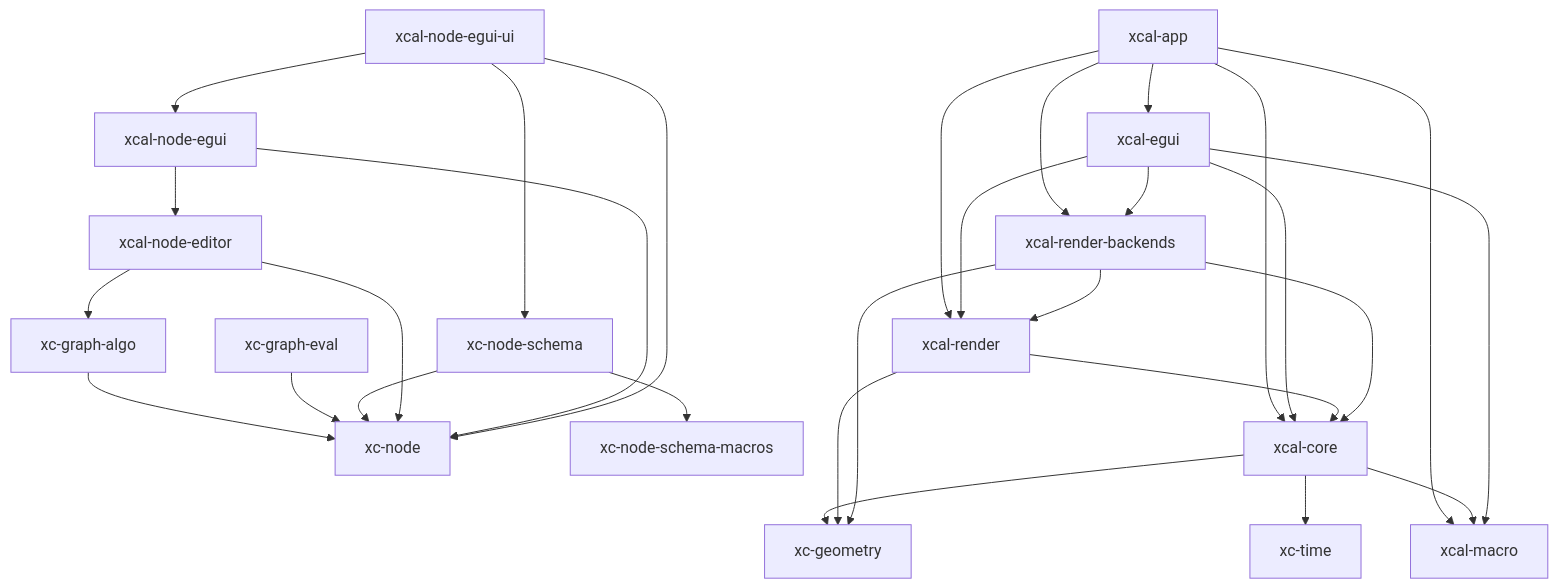
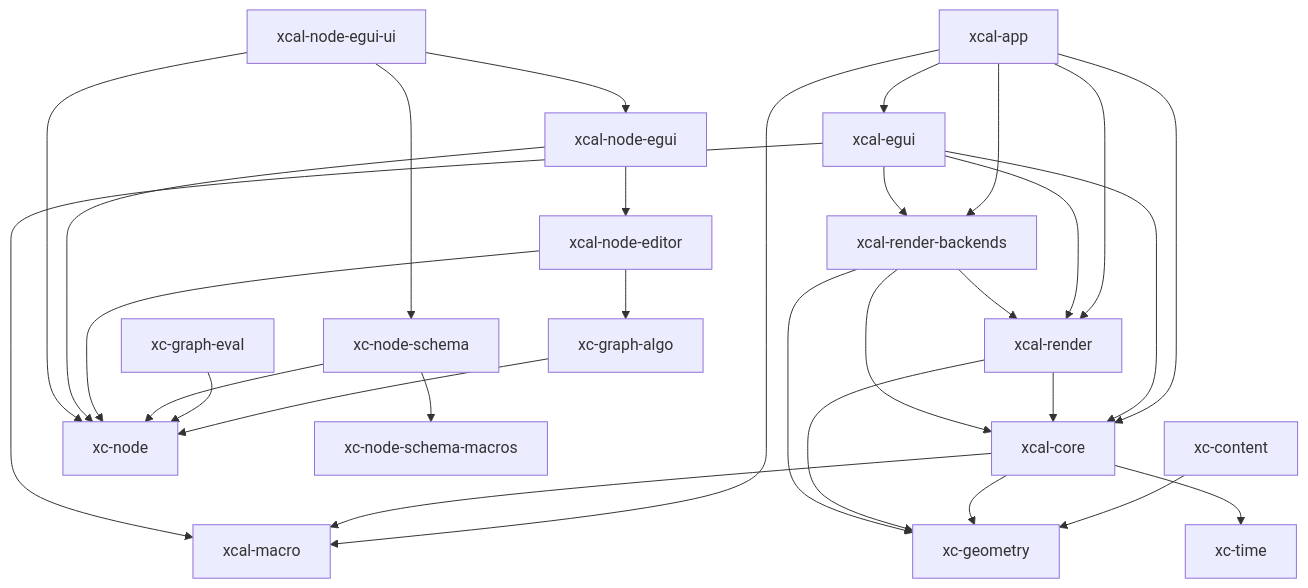
Before and after one commit to xcrtp/xcal-rs: the diagram in workspace-analyzer.mmd, drawn with Mermaid. The commit also changed 47 other files, not shown here.

```diff
--- a/workspace-analyzer.mmd
+++ b/workspace-analyzer.mmd
@@ -1,30 +1,31 @@
 graph TD
+    xc-content --> xc-geometry
     xc-graph-algo --> xc-node
     xc-graph-eval --> xc-node
     xc-node-schema --> xc-node
     xc-node-schema --> xc-node-schema-macros
     xcal-app --> xcal-core
     xcal-app --> xcal-egui
     xcal-app --> xcal-macro
     xcal-app --> xcal-render
     xcal-app --> xcal-render-backends
     xcal-core --> xc-geometry
     xcal-core --> xc-time
     xcal-core --> xcal-macro
     xcal-egui --> xcal-core
     xcal-egui --> xcal-macro
     xcal-egui --> xcal-render
     xcal-egui --> xcal-render-backends
     xcal-node-editor --> xc-graph-algo
     xcal-node-editor --> xc-node
     xcal-node-egui --> xc-node
     xcal-node-egui --> xcal-node-editor
     xcal-node-egui-ui --> xc-node
     xcal-node-egui-ui --> xc-node-schema
     xcal-node-egui-ui --> xcal-node-egui
     xcal-render --> xc-geometry
     xcal-render --> xcal-core
     xcal-render-backends --> xc-geometry
     xcal-render-backends --> xcal-core
     xcal-render-backends --> xcal-render
 classDef red stroke:#ff0000,stroke-width:2px;
```
